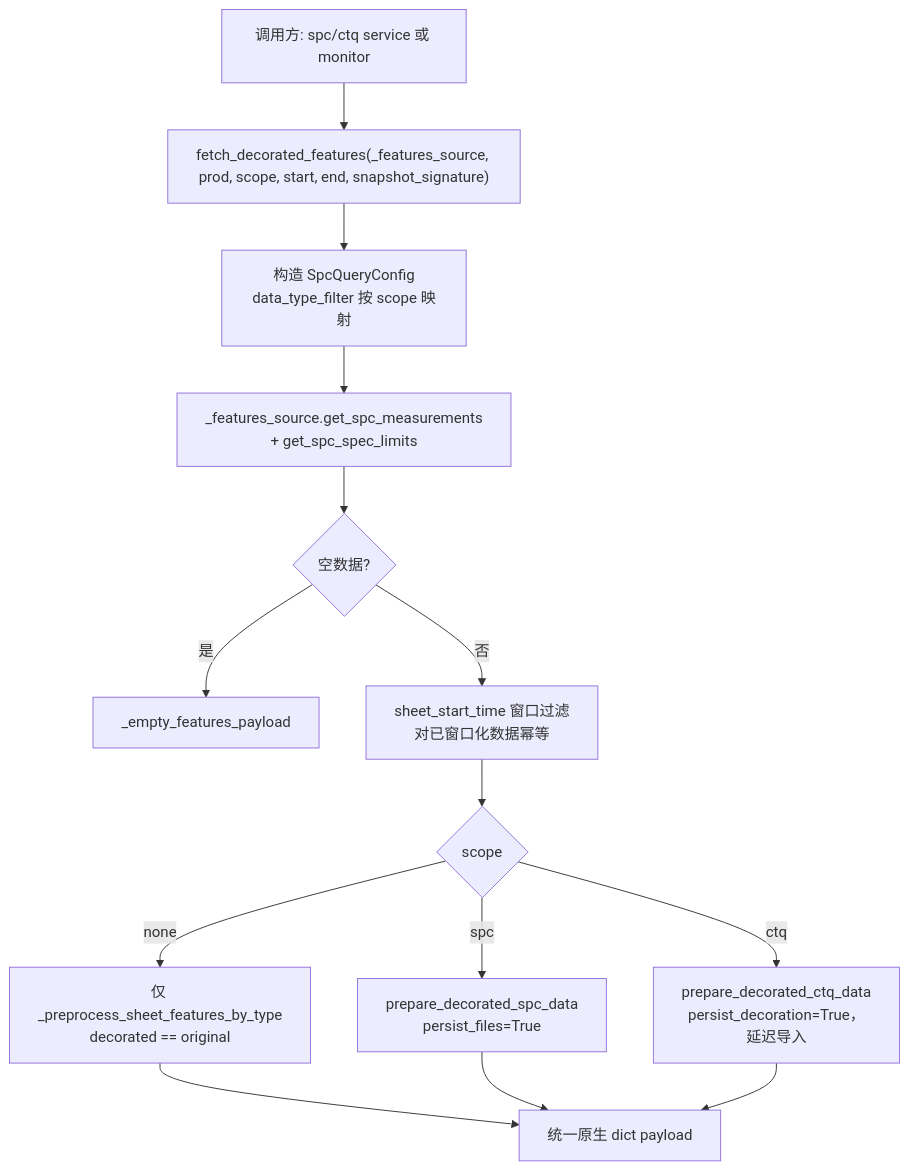
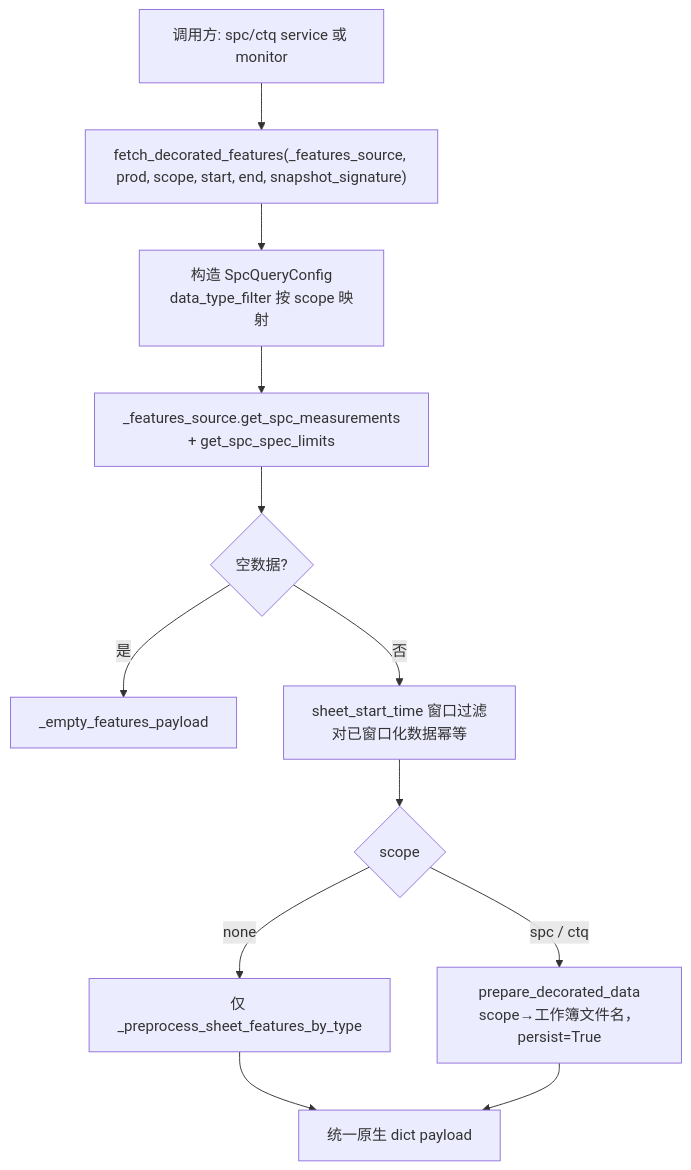
The diagram in docs/dev_docs/generated/Inline_domain/decorated-features-pipeline.md (wzygio/vivo-project), drawn with Mermaid before and after one commit. The commit also changed other lines of this file and 50 other files, not shown here.

````diff
--- a/docs/dev_docs/generated/Inline_domain/decorated-features-pipeline.md
+++ b/docs/dev_docs/generated/Inline_domain/decorated-features-pipeline.md
@@ -42,16 +47,14 @@
 ```mermaid
 flowchart TD
     A[调用方: spc/ctq service 或 monitor] --> B["fetch_decorated_features(_features_source, prod, scope, start, end, snapshot_signature)"]
     B --> C[构造 SpcQueryConfig<br/>data_type_filter 按 scope 映射]
     C --> D[_features_source.get_spc_measurements<br/>+ get_spc_spec_limits]
     D --> E{空数据?}
     E -->|是| F[_empty_features_payload]
     E -->|否| G[sheet_start_time 窗口过滤<br/>对已窗口化数据幂等]
     G --> H{scope}
-    H -->|none| I[仅 _preprocess_sheet_features_by_type<br/>decorated == original]
-    H -->|spc| J[prepare_decorated_spc_data<br/>persist_files=True]
-    H -->|ctq| K[prepare_decorated_ctq_data<br/>persist_decoration=True，延迟导入]
+    H -->|none| I[仅 _preprocess_sheet_features_by_type]
+    H -->|spc / ctq| J[prepare_decorated_data<br/>scope→工作簿文件名，persist=True]
     I --> L[统一原生 dict payload]
     J --> L
-    K --> L
 ```
````
